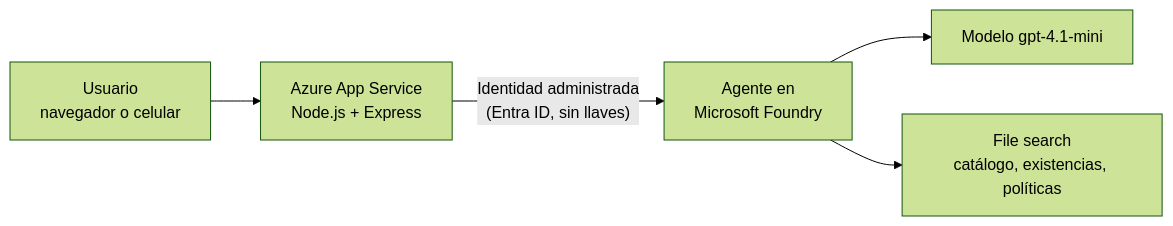
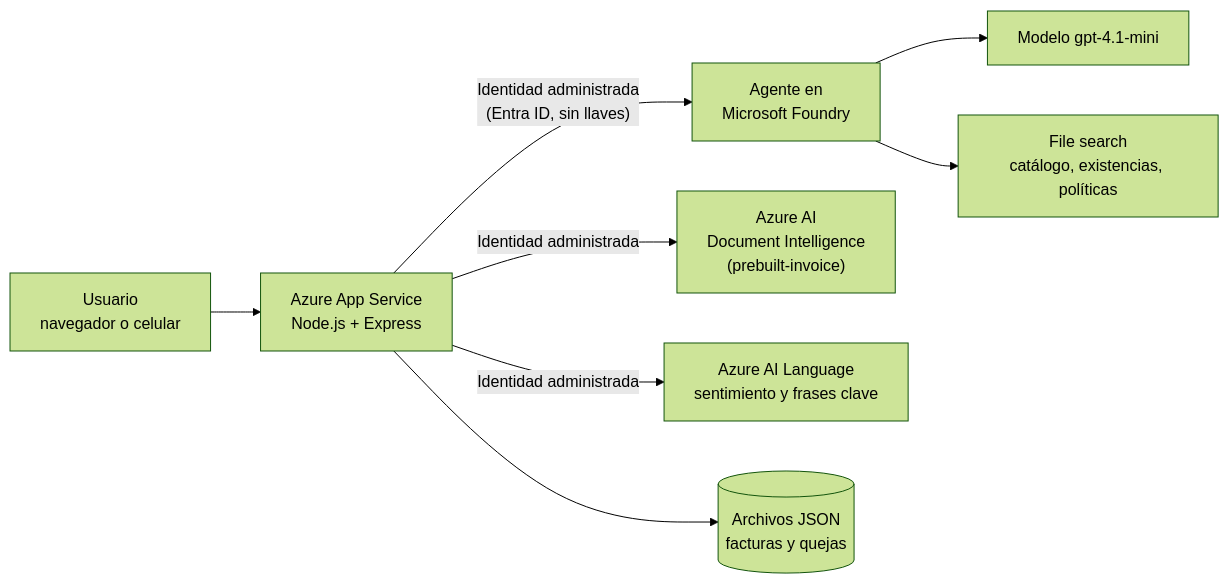
One commit to mannticora/rioclaro-asistente-ia changed the diagram in README.md. Above: the diagram before and after it, drawn with Mermaid (forest theme). The commit also changed other lines of this file and 6 other files, not shown here.

Commit message:
Quejas con sentimiento, README con ejemplos de prueba y facturas de muestra

````diff
--- a/README.md
+++ b/README.md
@@ -51,7 +57,10 @@
 ```mermaid
 flowchart LR
     U["Usuario<br/>navegador o celular"] --> W["Azure App Service<br/>Node.js + Express"]
     W -->|"Identidad administrada<br/>(Entra ID, sin llaves)"| A["Agente en<br/>Microsoft Foundry"]
     A --> M["Modelo gpt-4.1-mini"]
     A --> K["File search<br/>catálogo, existencias, políticas"]
+    W -->|"Identidad administrada"| D["Azure AI<br/>Document Intelligence<br/>(prebuilt-invoice)"]
+    W -->|"Identidad administrada"| L["Azure AI Language<br/>sentimiento y frases clave"]
+    W --> S[("Archivos JSON<br/>facturas y quejas")]
 ```
````
